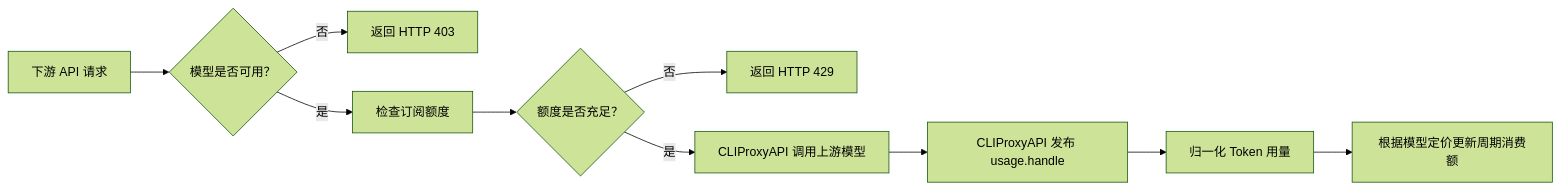
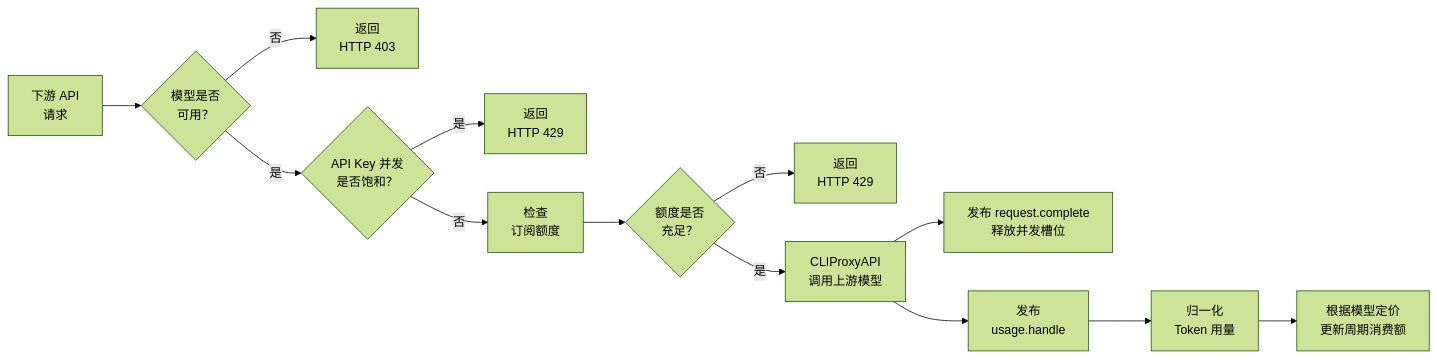
One commit to haowang02/cpa-plugin-key-billing changed the diagram in README.md. Above: the diagram before and after it, drawn with Mermaid (forest theme). The commit also changed other lines of this file and 28 other files, not shown here.

Commit message:
feat(billing): limit concurrency per API key

````diff
--- a/README.md
+++ b/README.md
@@ -34,12 +35,15 @@
 ```mermaid
 flowchart LR
-    A[下游 API 请求] --> M{模型是否可用？}
-    M -- 否 --> N[返回 HTTP 403]
-    M -- 是 --> B[检查订阅额度]
-    B --> C{额度是否充足？}
-    C -- 否 --> D[返回 HTTP 429]
-    C -- 是 --> E[CLIProxyAPI 调用上游模型]
-    E --> F[CLIProxyAPI 发布 usage.handle]
-    F --> H[归一化 Token 用量]
-    H --> G[根据模型定价更新周期消费额]
+    A[下游 API<br/>请求] --> M{模型是否<br/>可用？}
+    M -- 否 --> N[返回<br/>HTTP 403]
+    M -- 是 --> L{API Key 并发<br/>是否饱和？}
+    L -- 是 --> R[返回<br/>HTTP 429]
+    L -- 否 --> B[检查<br/>订阅额度]
+    B --> C{额度是否<br/>充足？}
+    C -- 否 --> D[返回<br/>HTTP 429]
+    C -- 是 --> E[CLIProxyAPI<br/>调用上游模型]
+    E --> X[发布 request.complete<br/>释放并发槽位]
+    E --> F[发布<br/>usage.handle]
+    F --> H[归一化<br/>Token 用量]
+    H --> G[根据模型定价<br/>更新周期消费额]
 ```
````
